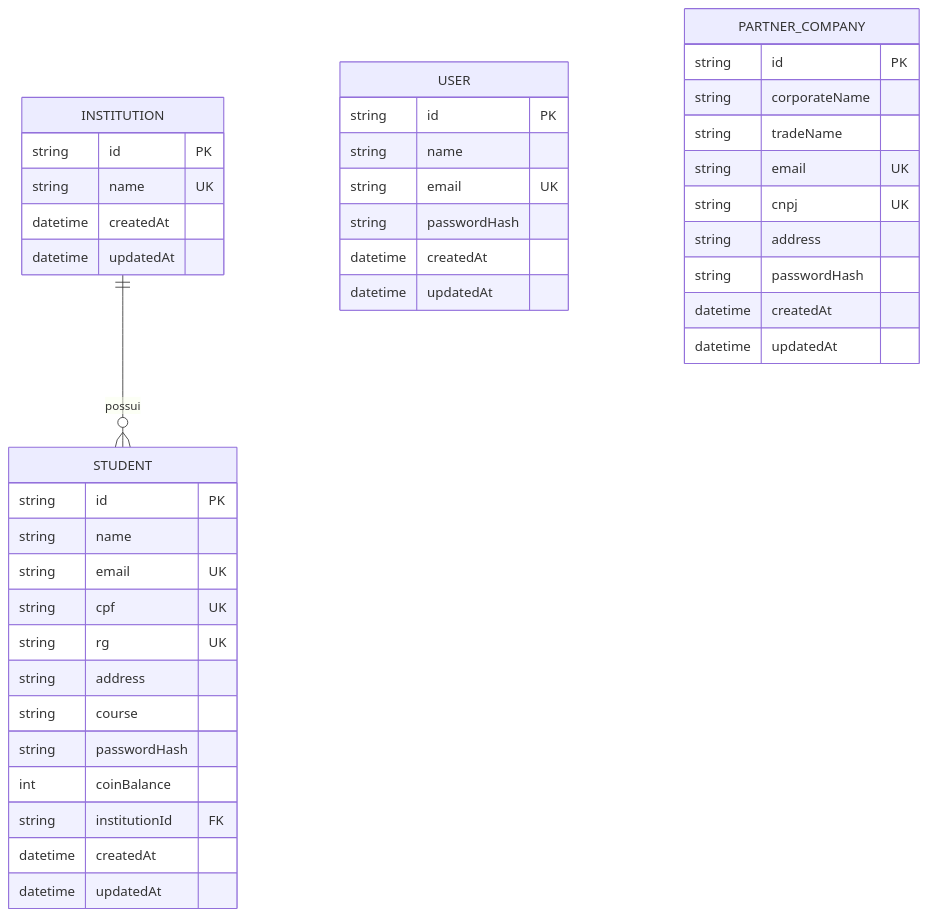
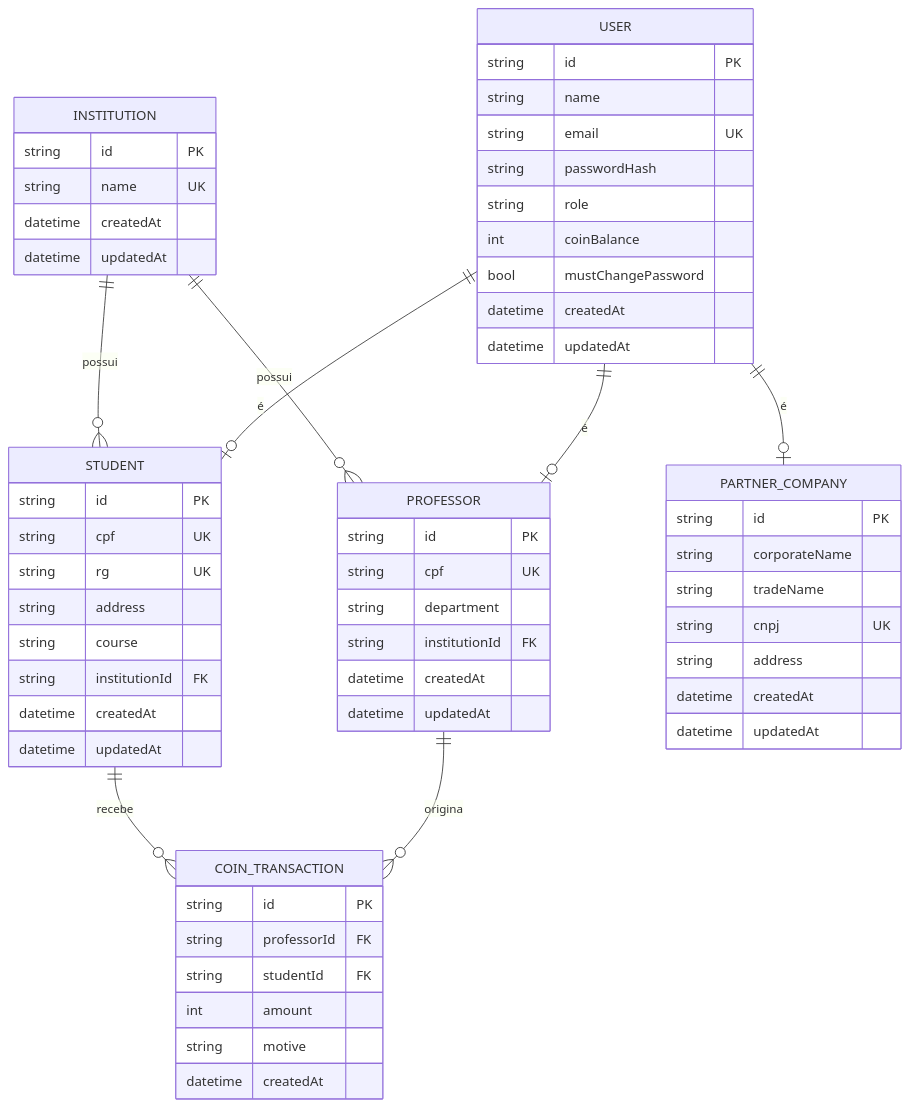
Before and after one commit to PHnsilva/Meritum: the second of 2 diagrams in README.md, drawn with Mermaid. The commit also changed other lines of this file and 1 other file, not shown here.

````diff
--- a/README.md
+++ b/README.md
@@ -218,47 +210,68 @@
 ```mermaid
 erDiagram
+  USER ||--o| STUDENT : "é"
+  USER ||--o| PROFESSOR : "é"
+  USER ||--o| PARTNER_COMPANY : "é"
   INSTITUTION ||--o{ STUDENT : possui
+  INSTITUTION ||--o{ PROFESSOR : possui
+  PROFESSOR ||--o{ COIN_TRANSACTION : origina
+  STUDENT ||--o{ COIN_TRANSACTION : recebe
 
   USER {
     string id PK
     string name
     string email UK
     string passwordHash
+    string role
+    int coinBalance
+    bool mustChangePassword
     datetime createdAt
     datetime updatedAt
   }
 
   INSTITUTION {
     string id PK
     string name UK
     datetime createdAt
     datetime updatedAt
   }
 
   STUDENT {
     string id PK
-    string name
-    string email UK
     string cpf UK
     string rg UK
     string address
     string course
-    string passwordHash
-    int coinBalance
+    string institutionId FK
+    datetime createdAt
+    datetime updatedAt
+  }
+
+  PROFESSOR {
+    string id PK
+    string cpf UK
+    string department
     string institutionId FK
     datetime createdAt
     datetime updatedAt
   }
 
   PARTNER_COMPANY {
     string id PK
     string corporateName
     string tradeName
-    string email UK
     string cnpj UK
     string address
-    string passwordHash
     datetime createdAt
     datetime updatedAt
   }
+
+  COIN_TRANSACTION {
+    string id PK
+    string professorId FK
+    string studentId FK
+    int amount
+    string motive
+    datetime createdAt
+  }
 ```
````
